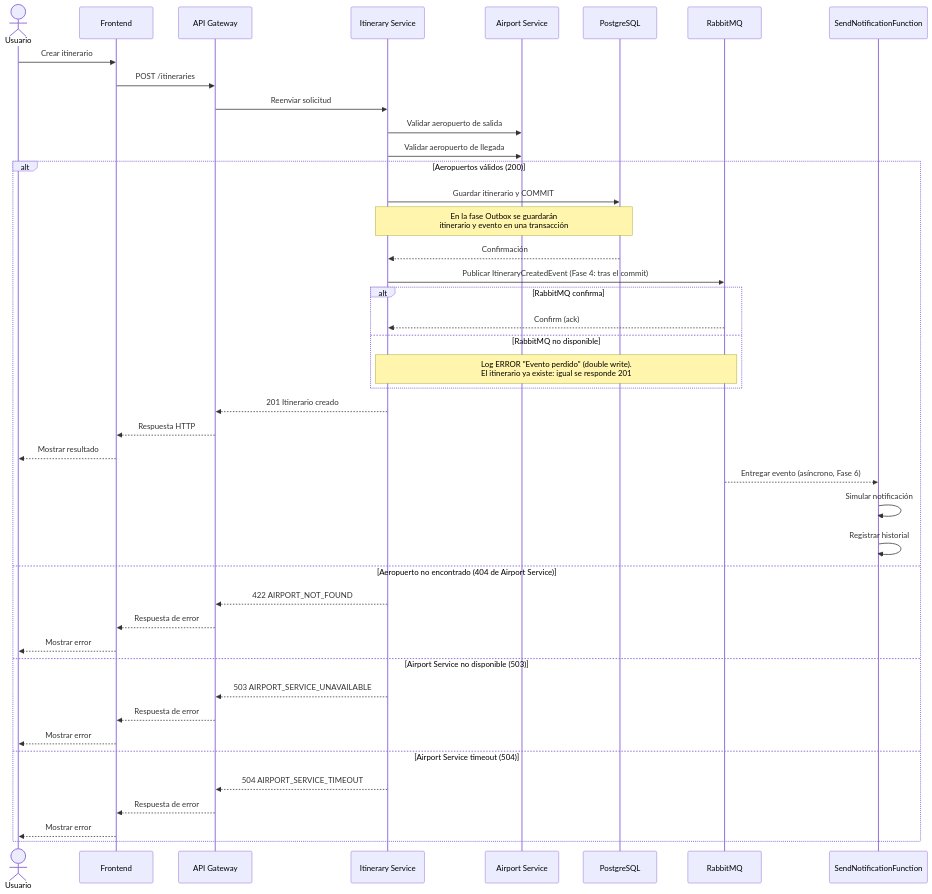
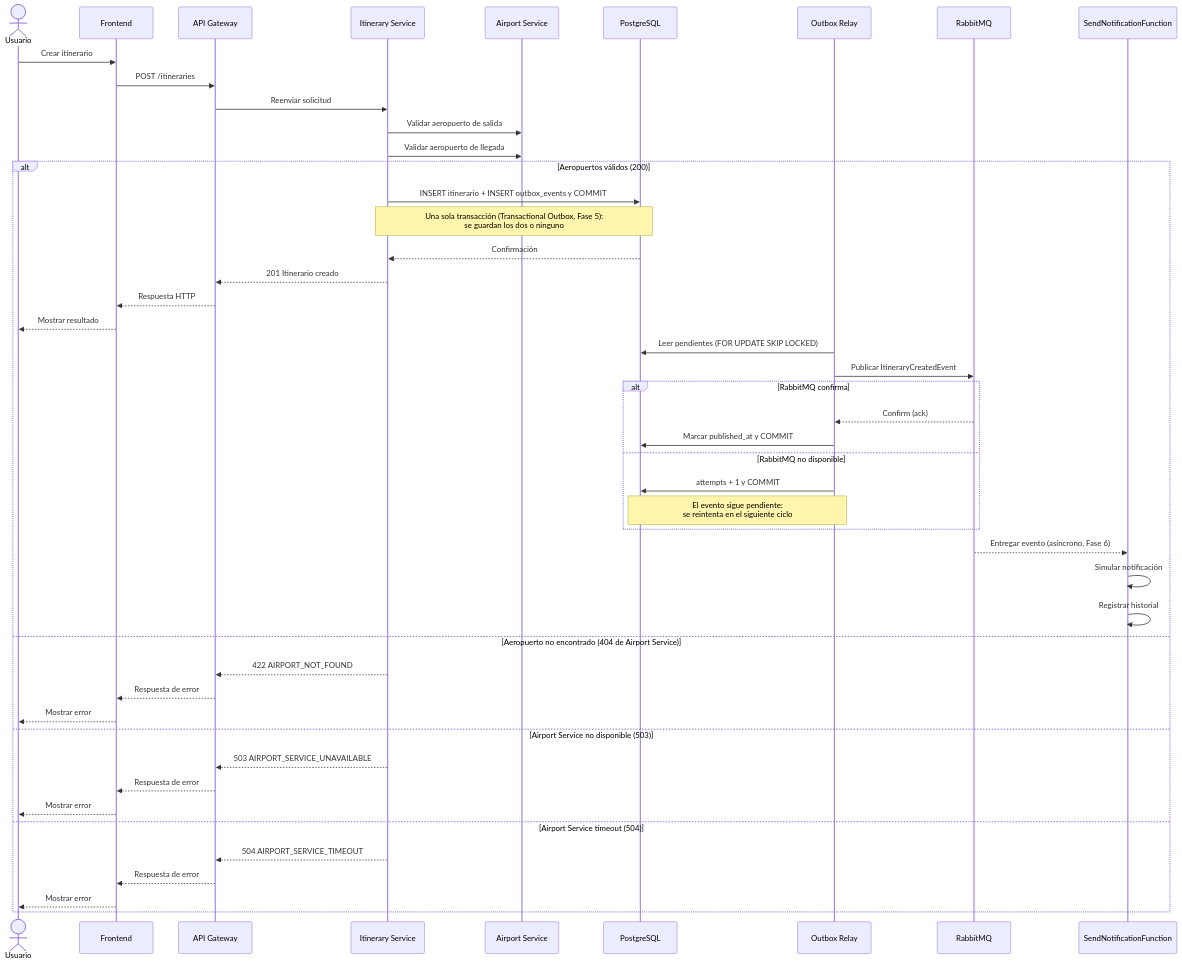
The third of 5 diagrams in docs/05-diagramas.md (JUANGR12192004/sistema-itinerarios-personales), drawn with Mermaid before and after one commit. The commit also changed other lines of this file and 5 other files, not shown here.

First line of the commit message:
docs: documenta el Transactional Outbox y la demostración del double write resuelto

````diff
--- a/docs/05-diagramas.md
+++ b/docs/05-diagramas.md
@@ -89,49 +104,54 @@
 ```mermaid
 sequenceDiagram
     actor Usuario
     participant FE as Frontend
     participant GW as API Gateway
     participant IS as Itinerary Service
     participant AS as Airport Service
     participant DB as PostgreSQL
+    participant R as Outbox Relay
     participant MQ as RabbitMQ
     participant NF as SendNotificationFunction
 
     Usuario->>FE: Crear itinerario
     FE->>GW: POST /itineraries
     GW->>IS: Reenviar solicitud
 
     IS->>AS: Validar aeropuerto de salida
     IS->>AS: Validar aeropuerto de llegada
 
     alt Aeropuertos válidos (200)
-        IS->>DB: Guardar itinerario y COMMIT
-        Note over IS,DB: En la fase Outbox se guardarán<br/>itinerario y evento en una transacción
+        IS->>DB: INSERT itinerario + INSERT outbox_events y COMMIT
+        Note over IS,DB: Una sola transacción (Transactional Outbox, Fase 5):<br/>se guardan los dos o ninguno
         DB-->>IS: Confirmación
-        IS->>MQ: Publicar ItineraryCreatedEvent (Fase 4: tras el commit)
-        alt RabbitMQ confirma
-            MQ-->>IS: Confirm (ack)
-        else RabbitMQ no disponible
-            Note over IS,MQ: Log ERROR "Evento perdido" (double write).<br/>El itinerario ya existe: igual se responde 201
-        end
         IS-->>GW: 201 Itinerario creado
         GW-->>FE: Respuesta HTTP
         FE-->>Usuario: Mostrar resultado
+
+        R->>DB: Leer pendientes (FOR UPDATE SKIP LOCKED)
+        R->>MQ: Publicar ItineraryCreatedEvent
+        alt RabbitMQ confirma
+            MQ-->>R: Confirm (ack)
+            R->>DB: Marcar published_at y COMMIT
+        else RabbitMQ no disponible
+            R->>DB: attempts + 1 y COMMIT
+            Note over R,DB: El evento sigue pendiente:<br/>se reintenta en el siguiente ciclo
+        end
 
         MQ-->>NF: Entregar evento (asíncrono, Fase 6)
         NF->>NF: Simular notificación
         NF->>NF: Registrar historial
     else Aeropuerto no encontrado (404 de Airport Service)
         IS-->>GW: 422 AIRPORT_NOT_FOUND
         GW-->>FE: Respuesta de error
         FE-->>Usuario: Mostrar error
     else Airport Service no disponible (503)
         IS-->>GW: 503 AIRPORT_SERVICE_UNAVAILABLE
         GW-->>FE: Respuesta de error
         FE-->>Usuario: Mostrar error
     else Airport Service timeout (504)
         IS-->>GW: 504 AIRPORT_SERVICE_TIMEOUT
         GW-->>FE: Respuesta de error
         FE-->>Usuario: Mostrar error
     end
 ```
````
